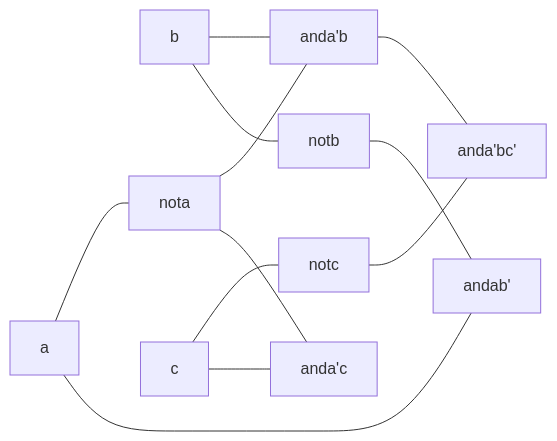
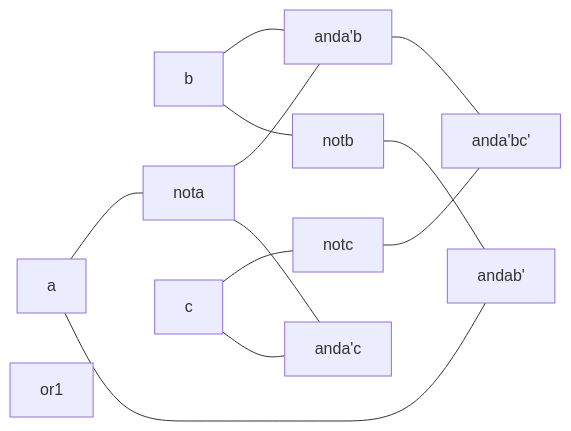
Before and after one commit to tnichols217/notes: the diagram in CSDS 281 - Logic Design/HW/3/Tables.md, drawn with Mermaid.

Commit message:
vault backup: 2024-02-14 15:59:19

````diff
--- a/CSDS 281 - Logic Design/HW/3/Tables.md
+++ b/CSDS 281 - Logic Design/HW/3/Tables.md
@@ -14,13 +14,15 @@
 ```mermaid
 flowchart LR
 
 b --- notb
 a & notb --- andab'
 
 a --- nota
 nota & c --- anda'c
 
 c --- notc
 nota & b --- anda'b
 anda'b & notc --- anda'bc'
+
+or1
 ```
````
